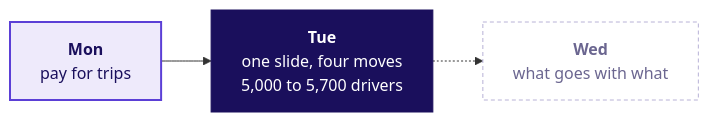
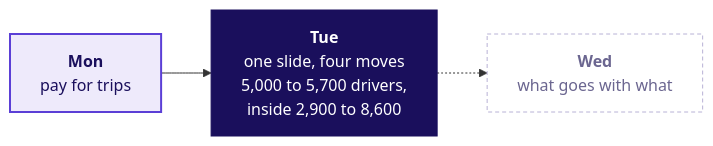
The eighth of 8 diagrams in content/W04/D2/slides/C2_W04_D02_half2_STUDENT.md (fde-academy-lab/c2-content-factory), drawn with Mermaid before and after one commit. The commit also changed other lines of this file and 38 other files, not shown here.

````diff
--- a/content/W04/D2/slides/C2_W04_D02_half2_STUDENT.md
+++ b/content/W04/D2/slides/C2_W04_D02_half2_STUDENT.md
@@ -646,11 +646,11 @@
 ```mermaid
 flowchart LR
-    M["<b>Mon</b><br/>pay for trips"] --> T["<b>Tue</b><br/>one slide, four moves<br/>5,000 to 5,700 drivers"]
+    M["<b>Mon</b><br/>pay for trips"] --> T["<b>Tue</b><br/>one slide, four moves<br/>5,000 to 5,700 drivers,<br/>inside 2,900 to 8,600"]
     T -.-> W["<b>Wed</b><br/>what goes with what"]
     classDef known fill:#EEEAFB,stroke:#5B3FD6,color:#1A0F5C,stroke-width:2px
     classDef lit fill:#1A0F5C,stroke:#1A0F5C,color:#FFFFFF
     classDef unknown fill:#FFFFFF,stroke:#B8B2D6,color:#6B6690,stroke-dasharray:4 3
     class M known
     class T lit
     class W unknown
 ```
````
